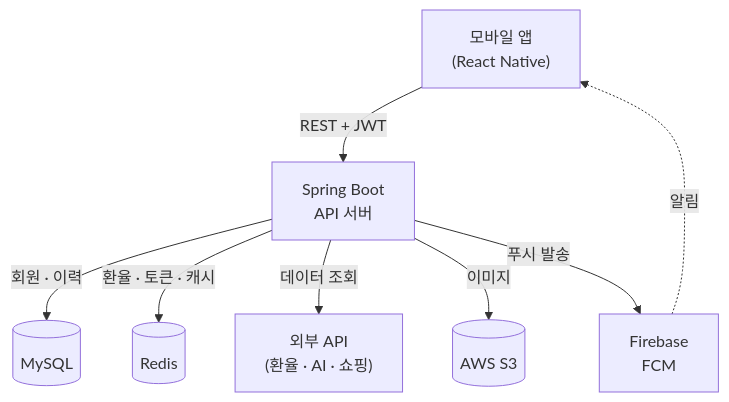
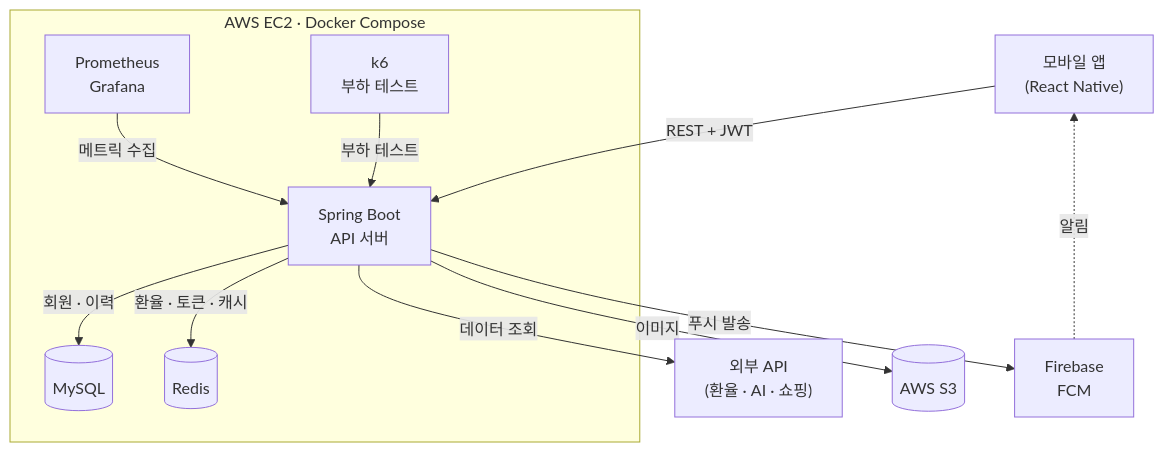
The first of 3 diagrams in README.md (piggy-project/piggy-backend), drawn with Mermaid before and after one commit.

Commit message:
fix: readme수정

````diff
--- a/README.md
+++ b/README.md
@@ -31,18 +31,26 @@
 ```mermaid
 flowchart TB
     App["모바일 앱<br/>(React Native)"]
-    API["Spring Boot<br/>API 서버"]
-    MySQL[("MySQL")]
-    Redis[("Redis")]
+
+    subgraph EC2["AWS EC2 · Docker Compose"]
+        API["Spring Boot<br/>API 서버"]
+        MySQL[("MySQL")]
+        Redis[("Redis")]
+        Mon["Prometheus<br/>Grafana"]
+        K6["k6<br/>부하 테스트"]
+    end
+
     Ext["외부 API<br/>(환율 · AI · 쇼핑)"]
     FCM["Firebase<br/>FCM"]
     S3[("AWS S3")]
 
     App -- "REST + JWT" --> API
     API -- "회원 · 이력" --> MySQL
     API -- "환율 · 토큰 · 캐시" --> Redis
+    Mon -- "메트릭 수집" --> API
+    K6 -- "부하 테스트" --> API
     API -- "데이터 조회" --> Ext
     API -- "이미지" --> S3
     API -- "푸시 발송" --> FCM
     FCM -. "알림" .-> App
 ```
````
